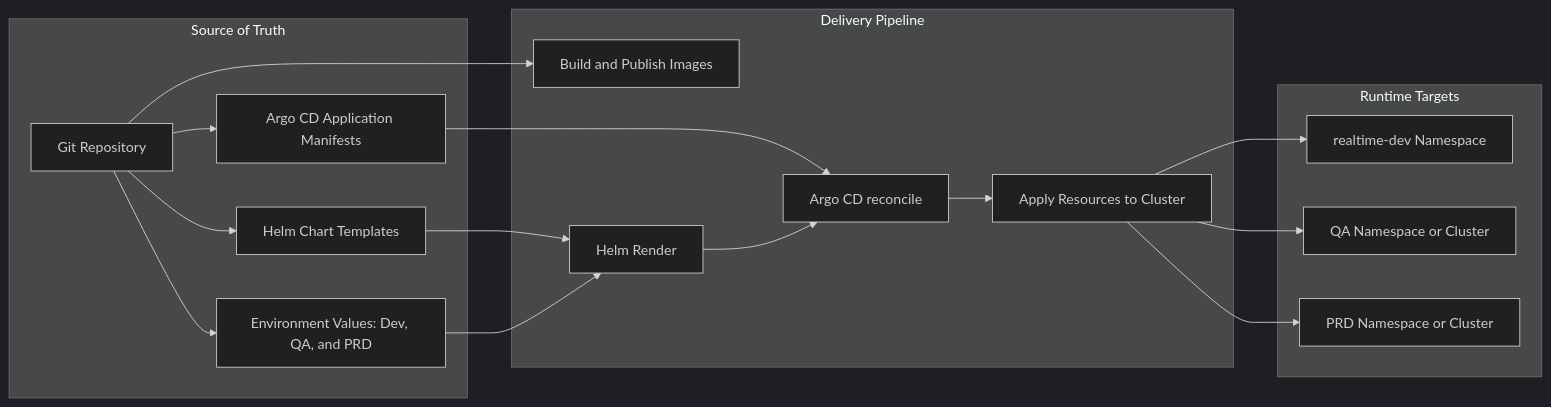
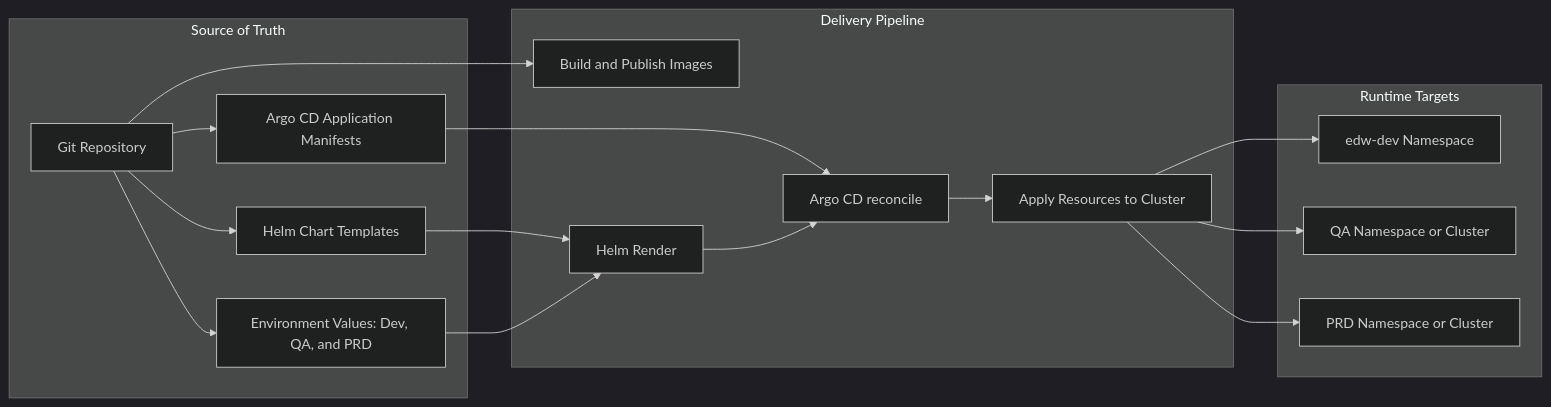
Before and after one commit to paulchen8206/Full-Stack-Modern-Data-Architecture-and-Engineering: the diagram in cicd/readme.md, drawn with Mermaid (dark theme). The commit also changed other lines of this file and 27 other files, not shown here.

````diff
--- a/cicd/readme.md
+++ b/cicd/readme.md
@@ -48,35 +48,35 @@
 ```mermaid
 flowchart LR
   subgraph S[Source of Truth]
     GIT[Git Repository]
     CHART[Helm Chart Templates]
     VALUES[Environment Values: Dev, QA, and PRD]
     APP[Argo CD Application Manifests]
   end
 
   subgraph P[Delivery Pipeline]
     BUILD[Build and Publish Images]
     RENDER[Helm Render]
     ARGO[Argo CD reconcile]
     APPLY[Apply Resources to Cluster]
   end
 
   subgraph T[Runtime Targets]
-    DEV[realtime-dev Namespace]
+    DEV[edw-dev Namespace]
     QA[QA Namespace or Cluster]
     PRD[PRD Namespace or Cluster]
   end
 
   GIT --> BUILD
   GIT --> CHART
   GIT --> VALUES
   GIT --> APP
   CHART --> RENDER
   VALUES --> RENDER
   APP --> ARGO
   RENDER --> ARGO
   ARGO --> APPLY
   APPLY --> DEV
   APPLY --> QA
   APPLY --> PRD
 ```
````
